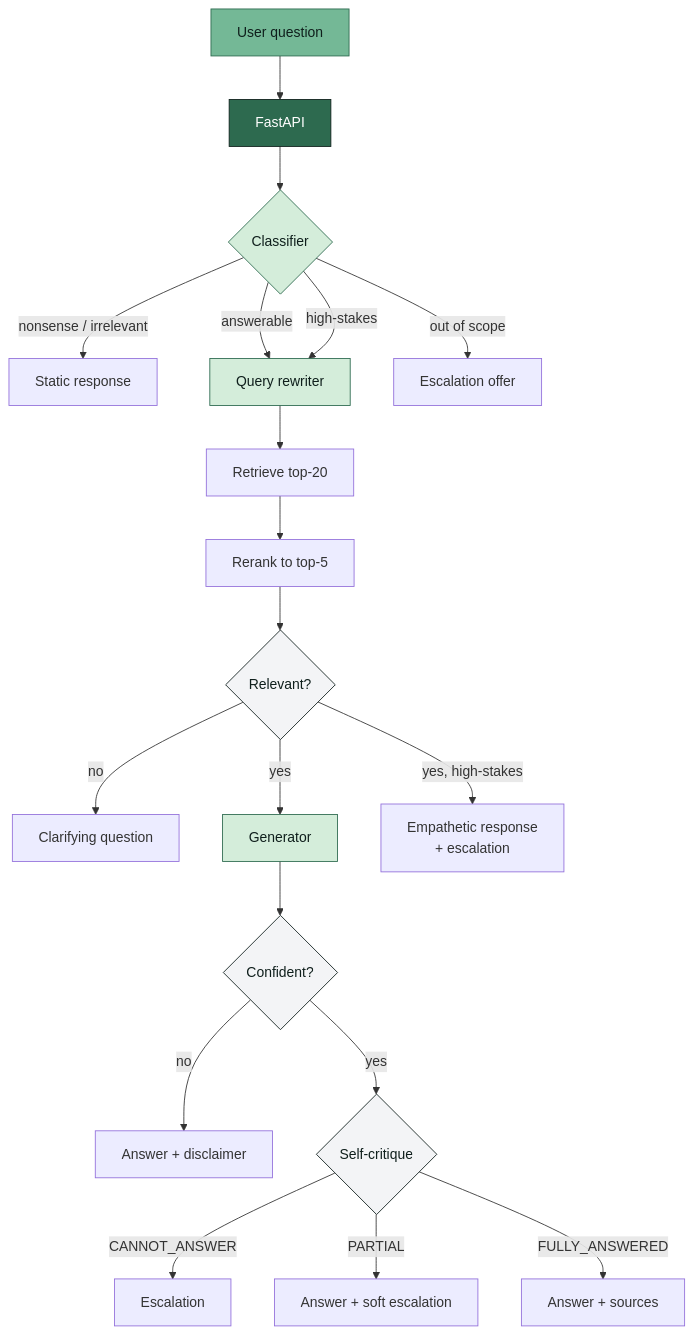
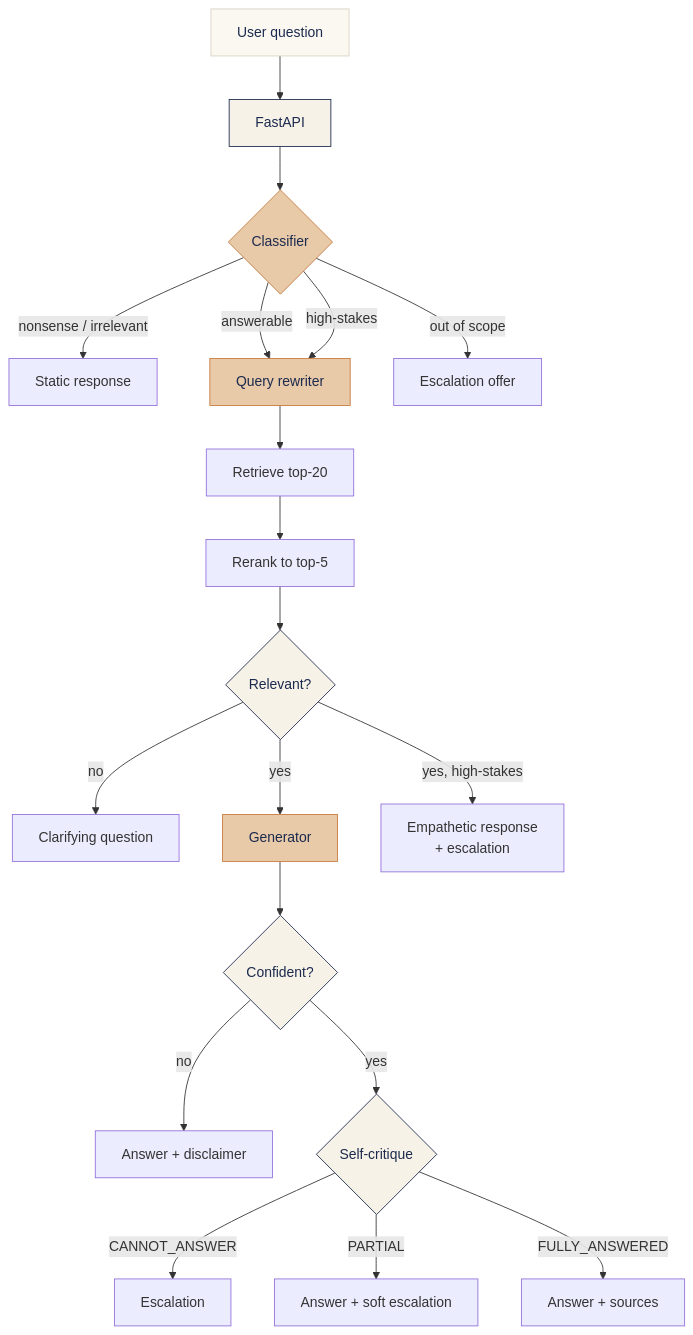
One commit to alfredpersson/personal-website changed the diagram in docs/case-studies/rag-support-assistant.md. Above: the diagram before and after it, drawn with Mermaid. The commit also changed 10 other files, not shown here.

````diff
--- a/docs/case-studies/rag-support-assistant.md
+++ b/docs/case-studies/rag-support-assistant.md
@@ -74,34 +74,34 @@
 ```mermaid
 flowchart TB
   USER["User question"] --> API["FastAPI"] --> CLF{"Classifier"}
 
   CLF -- "nonsense / irrelevant" --> STATIC["Static response"]
   CLF -- "answerable" --> QR["Query rewriter"]
   CLF -- "out of scope" --> OOS["Escalation offer"]
   CLF -- "high-stakes" --> QR
 
   QR --> RETR["Retrieve top-20"] --> RERANK["Rerank to top-5"]
 
   RERANK --> REL{"Relevant?"}
 
   REL -- "no" --> FOLLOWUP["Clarifying question"]
   REL -- "yes" --> GEN["Generator"] --> CONF{"Confident?"}
   REL -- "yes, high-stakes" --> HS["Empathetic response\n+ escalation"]
 
   CONF -- "no" --> LC["Answer + disclaimer"]
   CONF -- "yes" --> CRITIQUE{"Self-critique"}
 
   CRITIQUE -- "CANNOT_ANSWER" --> CA["Escalation"]
   CRITIQUE -- "PARTIAL" --> PA["Answer + soft escalation"]
   CRITIQUE -- "FULLY_ANSWERED" --> FA["Answer + sources"]
 
-  classDef llm       fill:#d4edda,stroke:#2d6a4f,color:#0f1f1c
-  classDef gate      fill:#f3f4f6,stroke:#0f1f1c,color:#0f1f1c
-  classDef endpoint  fill:#2d6a4f,stroke:#0f1f1c,color:#ffffff
-  classDef io        fill:#74b896,stroke:#2d6a4f,color:#0f1f1c
+  classDef llm       fill:#E8C9A8,stroke:#C77B3D,color:#1B2A4E
+  classDef gate      fill:#F7F2E7,stroke:#1B2A4E,color:#1B2A4E
+  classDef endpoint  fill:#F7F2E7,stroke:#1B2A4E,color:#1B2A4E
+  classDef io        fill:#FBF8F1,stroke:#D9D2C3,color:#1B2A4E
 
   class CLF,QR,GEN llm
   class REL,CONF,CRITIQUE gate
   class API endpoint
   class USER io
 ```
````
